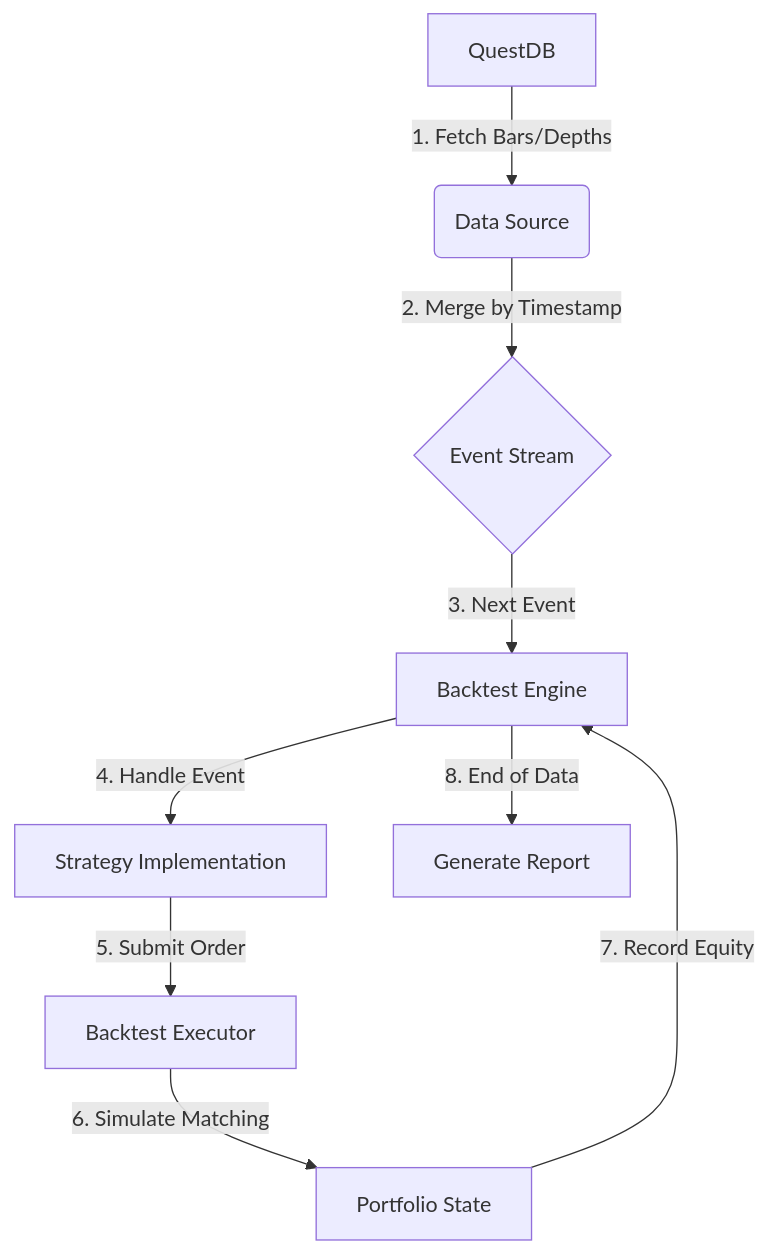
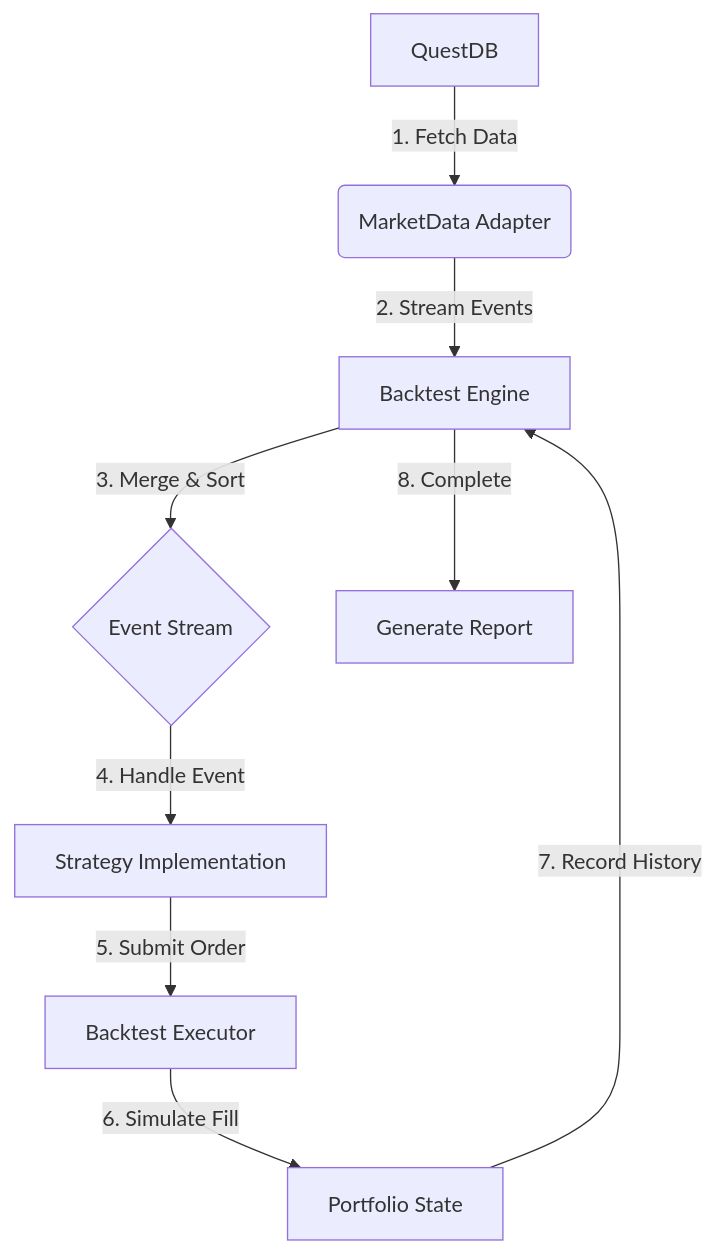
One commit to juny0955/trading-bot changed the second of 2 diagrams in docs/03_data_flow.md. Above: the diagram before and after it, drawn with Mermaid. The commit also changed other lines of this file and 32 other files, not shown here.

````diff
--- a/docs/03_data_flow.md
+++ b/docs/03_data_flow.md
@@ -49,11 +52,11 @@
 ```mermaid
 flowchart TD
-    A[QuestDB] --"1. Fetch Bars/Depths"--> B(Data Source)
-    B --"2. Merge by Timestamp"--> C{Event Stream}
-    C --"3. Next Event"--> D[Backtest Engine]
+    A[QuestDB] --"1. Fetch Data"--> B(MarketData Adapter)
+    B --"2. Stream Events"--> C[Backtest Engine]
+    C --"3. Merge & Sort"--> D{Event Stream}
     D --"4. Handle Event"--> E[Strategy Implementation]
     E --"5. Submit Order"--> F[Backtest Executor]
-    F --"6. Simulate Matching"--> G[Portfolio State]
-    G --"7. Record Equity"--> D
-    D --"8. End of Data"--> H[Generate Report]
+    F --"6. Simulate Fill"--> G[Portfolio State]
+    G --"7. Record History"--> C
+    C --"8. Complete"--> H[Generate Report]
 ```
````
